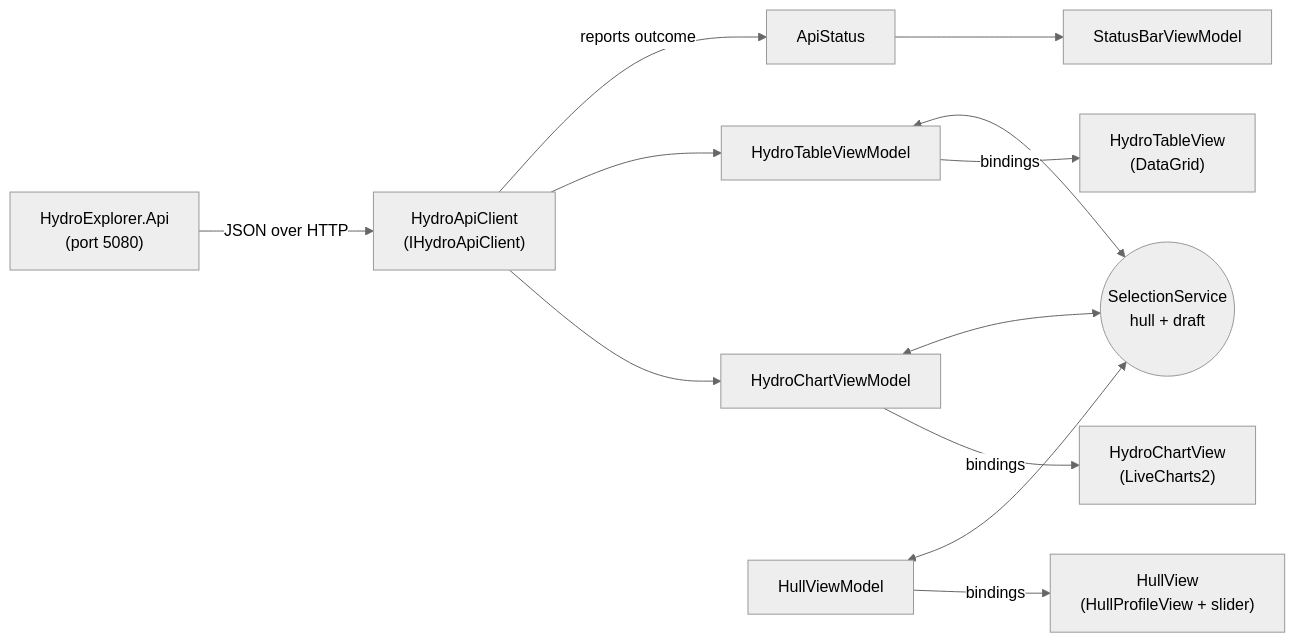
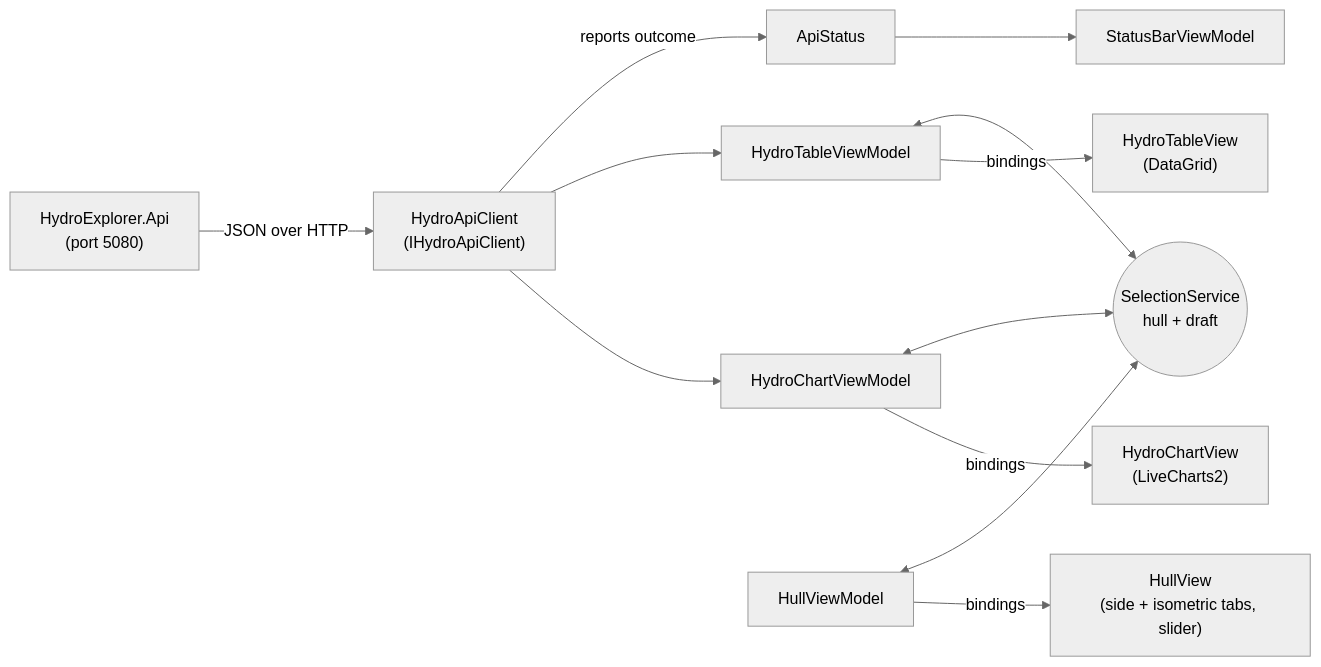
One commit to omarome/hydrostatic-explorer changed the diagram in ARCHITECTURE.md. Above: the diagram before and after it, drawn with Mermaid (neutral theme). The commit also changed other lines of this file and 12 other files, not shown here.

````diff
--- a/ARCHITECTURE.md
+++ b/ARCHITECTURE.md
@@ -18,14 +18,14 @@
 ```mermaid
 flowchart LR
     API["HydroExplorer.Api<br/>(port 5080)"] -- JSON over HTTP --> Client["HydroApiClient<br/>(IHydroApiClient)"]
     Client -- reports outcome --> Status["ApiStatus"]
     Client --> TableVM["HydroTableViewModel"]
     Client --> ChartVM["HydroChartViewModel"]
     TableVM <--> Sel(("SelectionService<br/>hull + draft"))
     ChartVM <--> Sel
     HullVM["HullViewModel"] <--> Sel
     Status --> StatusVM["StatusBarViewModel"]
     TableVM -- bindings --> TableView["HydroTableView<br/>(DataGrid)"]
     ChartVM -- bindings --> ChartView["HydroChartView<br/>(LiveCharts2)"]
-    HullVM -- bindings --> HullView["HullView<br/>(HullProfileView + slider)"]
+    HullVM -- bindings --> HullView["HullView<br/>(side + isometric tabs, slider)"]
 ```
````
